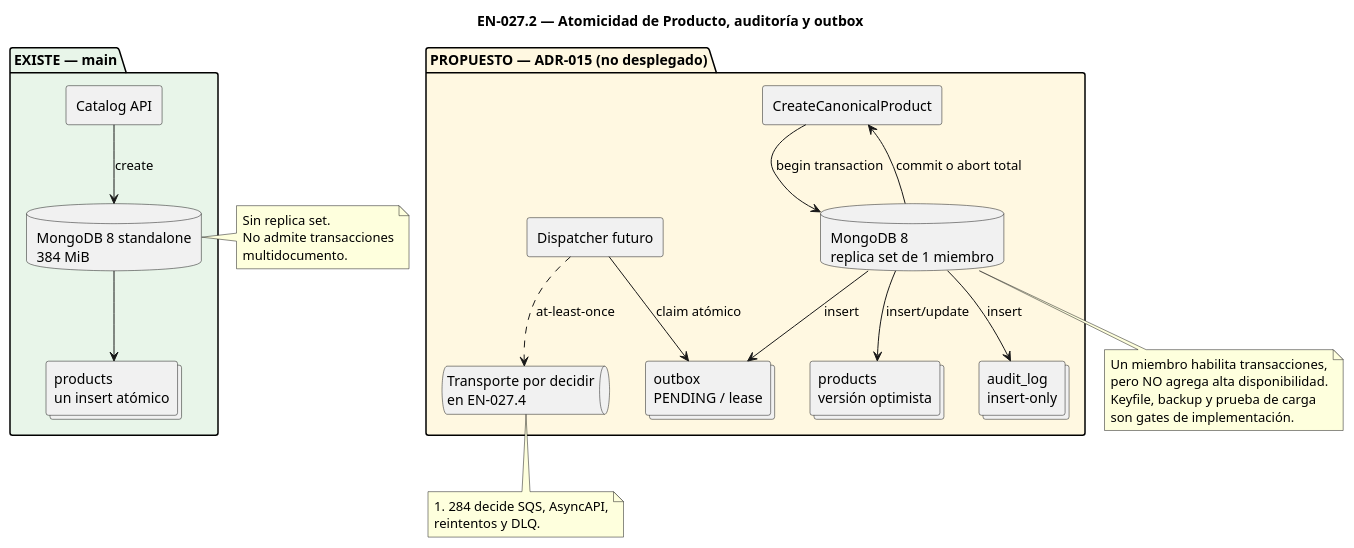
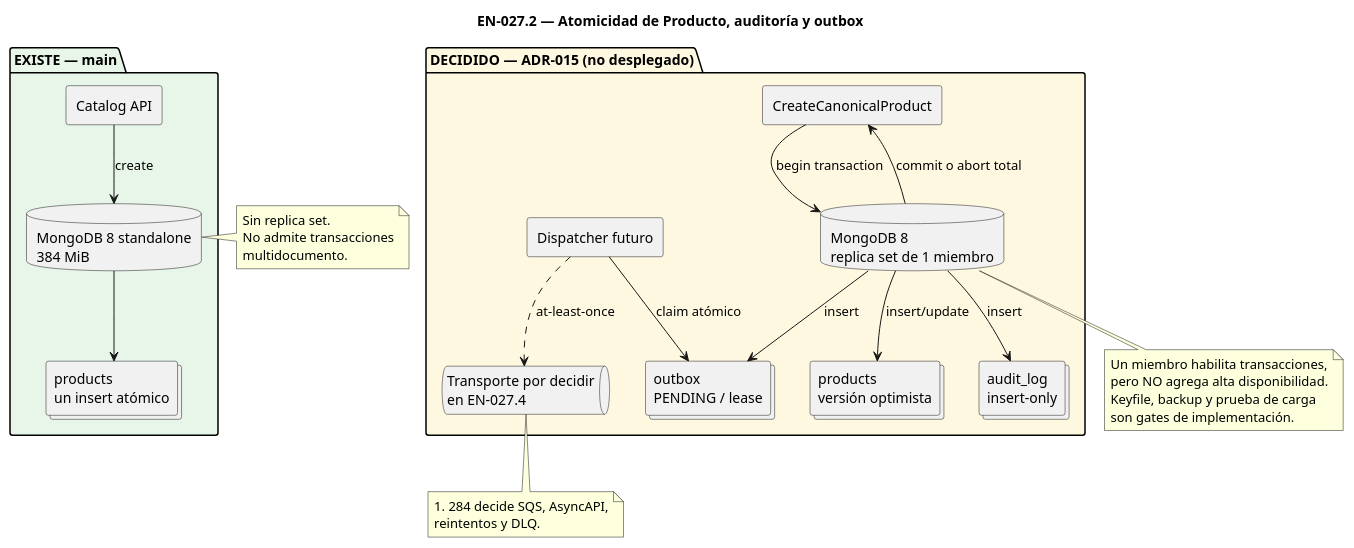
The diagram in docs/diagrams/catalog-atomicity-audit-outbox.puml (Nexus-Battle-VI/Nexus-Battle-Infrastructure), drawn with PlantUML before and after one commit.

Commit message:
docs(infrastructure): [EN-027.2] aceptar ADR-015

```diff
--- a/docs/diagrams/catalog-atomicity-audit-outbox.puml
+++ b/docs/diagrams/catalog-atomicity-audit-outbox.puml
@@ -1,53 +1,53 @@
 @startuml
 title EN-027.2 — Atomicidad de Producto, auditoría y outbox
 
 skinparam componentStyle rectangle
 skinparam shadowing false
 
 package "EXISTE — main" #E8F5E9 {
   [Catalog API] as catalog_now
   database "MongoDB 8 standalone\n384 MiB" as mongo_now
   collections "products\nun insert atómico" as products_now
 
   catalog_now --> mongo_now : create
   mongo_now --> products_now
 }
 
 note right of mongo_now
   Sin replica set.
   No admite transacciones
   multidocumento.
 end note
 
-package "PROPUESTO — ADR-015 (no desplegado)" #FFF8E1 {
+package "DECIDIDO — ADR-015 (no desplegado)" #FFF8E1 {
   [CreateCanonicalProduct] as usecase
   database "MongoDB 8\nreplica set de 1 miembro" as replica
   collections "products\nversión optimista" as products
   collections "audit_log\ninsert-only" as audit
   collections "outbox\nPENDING / lease" as outbox
   [Dispatcher futuro] as dispatcher
   queue "Transporte por decidir\nen EN-027.4" as transport
 
   usecase --> replica : begin transaction
   replica --> products : insert/update
   replica --> audit : insert
   replica --> outbox : insert
   usecase <-- replica : commit o abort total
 
   dispatcher --> outbox : claim atómico
   dispatcher ..> transport : at-least-once
 }
 
 note bottom of replica
   Un miembro habilita transacciones,
   pero NO agrega alta disponibilidad.
   Keyfile, backup y prueba de carga
   son gates de implementación.
 end note
 
 note bottom of transport
   #284 decide SQS, AsyncAPI,
   reintentos y DLQ.
 end note
 
 @enduml
```
